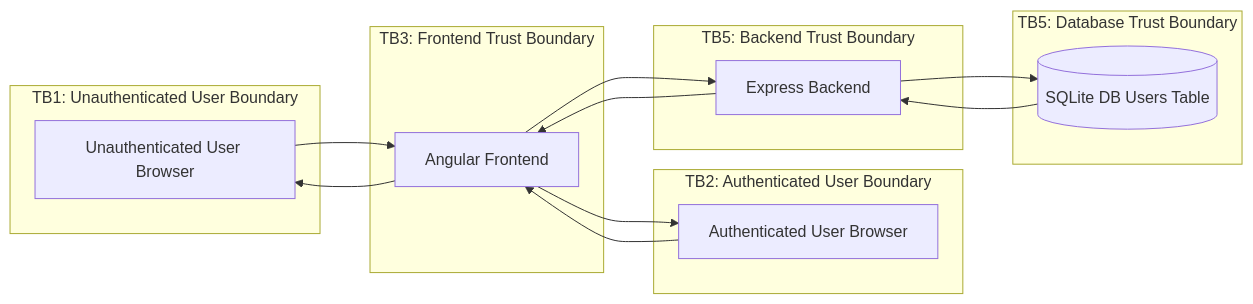
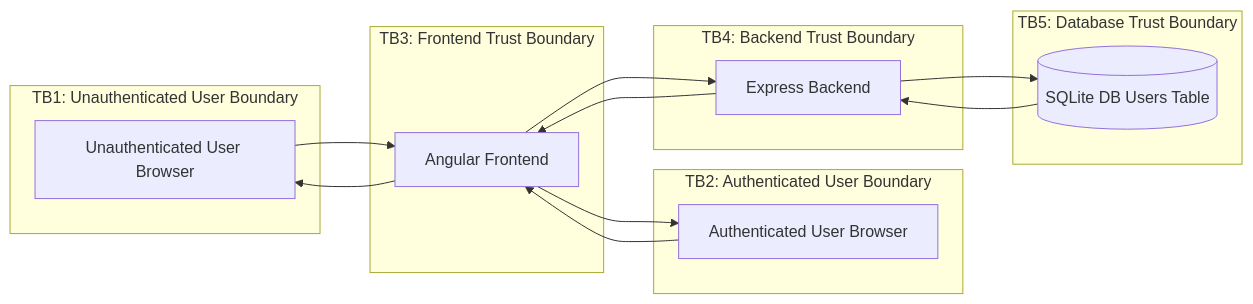
One commit to JosephJ12/CTF-Walkthroughs changed the sixth of 6 diagrams in Cybersecurity-Portfolio/Threat Modeling - OWASP Juice Shop/README.md. Above: the diagram before and after it, drawn with Mermaid. The commit also changed other lines of this file, not shown here.

````diff
--- a/Cybersecurity-Portfolio/Threat Modeling - OWASP Juice Shop/README.md
+++ b/Cybersecurity-Portfolio/Threat Modeling - OWASP Juice Shop/README.md
@@ -200,32 +198,32 @@
 ```mermaid
 flowchart LR
     subgraph TB1["TB1: Unauthenticated User Boundary"]
         UU[Unauthenticated User Browser]
     end
 
     subgraph TB2["TB2: Authenticated User Boundary"]
         AU[Authenticated User Browser]
     end
 
     subgraph TB3["TB3: Frontend Trust Boundary"]
         FE[Angular Frontend]
     end
 
-    subgraph TB4["TB5: Backend Trust Boundary"]
+    subgraph TB4["TB4: Backend Trust Boundary"]
         BE[Express Backend]
     end
 
     subgraph TB5["TB5: Database Trust Boundary"]
         DB[(SQLite DB Users Table)]
     end
 
     UU --> FE
     AU --> FE
     FE --> BE
     BE --> DB
     DB --> BE
     BE --> FE
     FE --> UU
     FE --> AU
     
 ```
````
